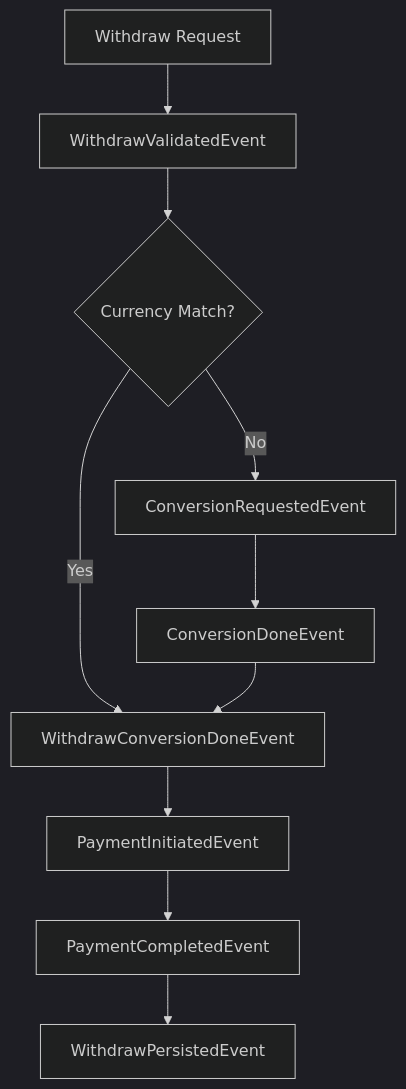
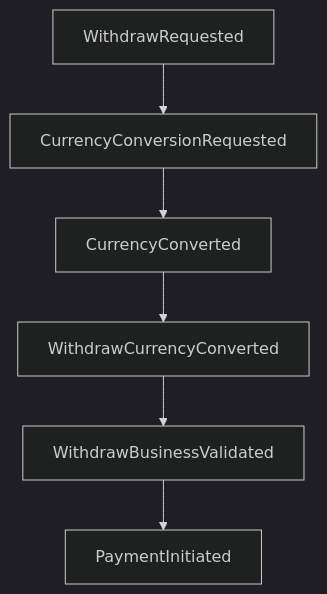
One commit to amirasaad/fintech changed the second of 3 diagrams in docs/refactoring/event-driven-architecture.md. Above: the diagram before and after it, drawn with Mermaid (dark theme). The commit also changed other lines of this file and 161 other files, not shown here.

````diff
--- a/docs/refactoring/event-driven-architecture.md
+++ b/docs/refactoring/event-driven-architecture.md
@@ -52,12 +48,8 @@
 ```mermaid
 graph TD
-    A[Withdraw Request] --> B[WithdrawValidatedEvent]
-    B --> C{Currency Match?}
-    C -->|No| D[ConversionRequestedEvent]
-    C -->|Yes| E[WithdrawConversionDoneEvent]
-    D --> F[ConversionDoneEvent]
-    F --> E
-    E --> G[PaymentInitiatedEvent]
-    G --> H[PaymentCompletedEvent]
-    H --> I[WithdrawPersistedEvent]
+    A[WithdrawRequested] --> B[CurrencyConversionRequested]
+    B --> C[CurrencyConverted]
+    C --> D[WithdrawCurrencyConverted]
+    D --> E[WithdrawBusinessValidated]
+    E --> F[PaymentInitiated]
 ```
````
